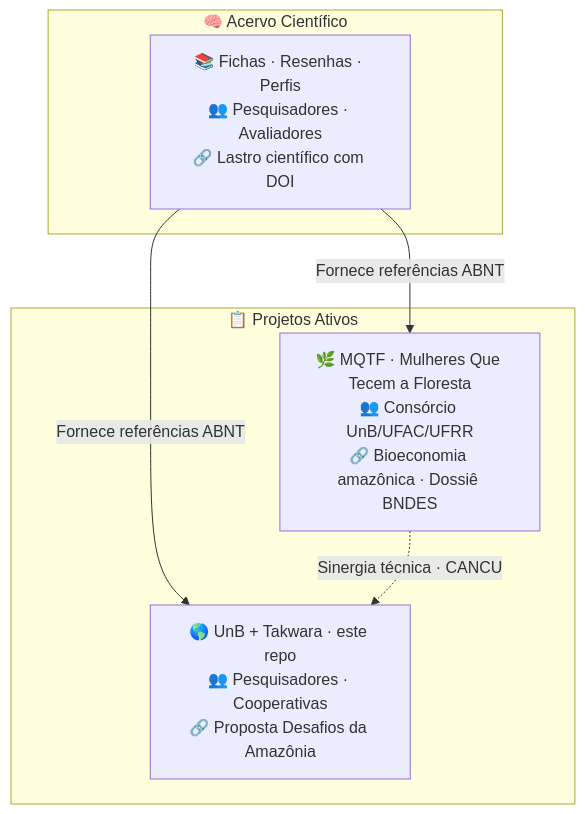
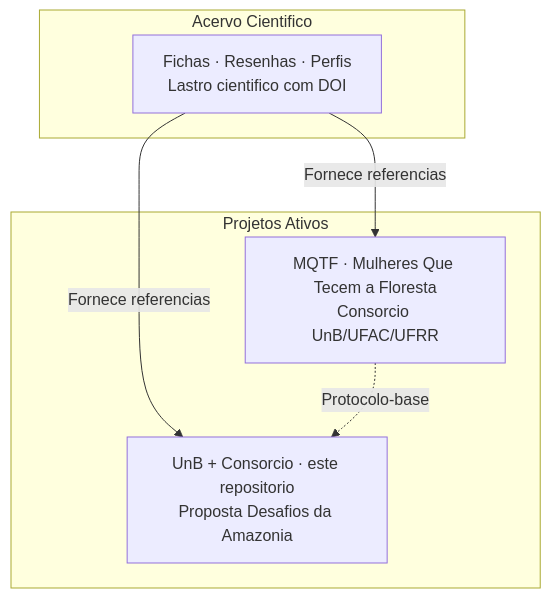
The diagram in README.md (takwaratec/unb-desafios-amazonia-2026), drawn with Mermaid before and after one commit. The commit also changed other lines of this file and 2 other files, not shown here.

Commit message:
fix: tom tecnico/academico, Mermaid simplificado, remove CANCU/cozinha, remove nomes pessoais

````diff
--- a/README.md
+++ b/README.md
@@ -89,13 +72,13 @@
 ```mermaid
 flowchart TB
-    subgraph Central["🧠 Acervo Científico"]
-        AC["📚 Fichas · Resenhas · Perfis<br/>👥 Pesquisadores · Avaliadores<br/>🔗 Lastro científico com DOI"]
+    subgraph Central["Acervo Cientifico"]
+        AC["Fichas · Resenhas · Perfis<br/>Lastro cientifico com DOI"]
     end
-    subgraph Projetos["📋 Projetos Ativos"]
-        MQ["🌿 MQTF · Mulheres Que Tecem a Floresta<br/>👥 Consórcio UnB/UFAC/UFRR<br/>🔗 Bioeconomia amazônica · Dossiê BNDES"]
-        DA["🌎 UnB + Takwara · este repo<br/>👥 Pesquisadores · Cooperativas<br/>🔗 Proposta Desafios da Amazônia"]
+    subgraph Projetos["Projetos Ativos"]
+        MQ["MQTF · Mulheres Que Tecem a Floresta<br/>Consorcio UnB/UFAC/UFRR"]
+        DA["UnB + Consorcio · este repositorio<br/>Proposta Desafios da Amazonia"]
     end
-    AC -->|"Fornece referências ABNT"| MQ
-    AC -->|"Fornece referências ABNT"| DA
-    MQ -.->|"Sinergia técnica · CANCU"| DA
+    AC -->|"Fornece referencias"| MQ
+    AC -->|"Fornece referencias"| DA
+    MQ -.->|"Protocolo-base"| DA
 ```
````
